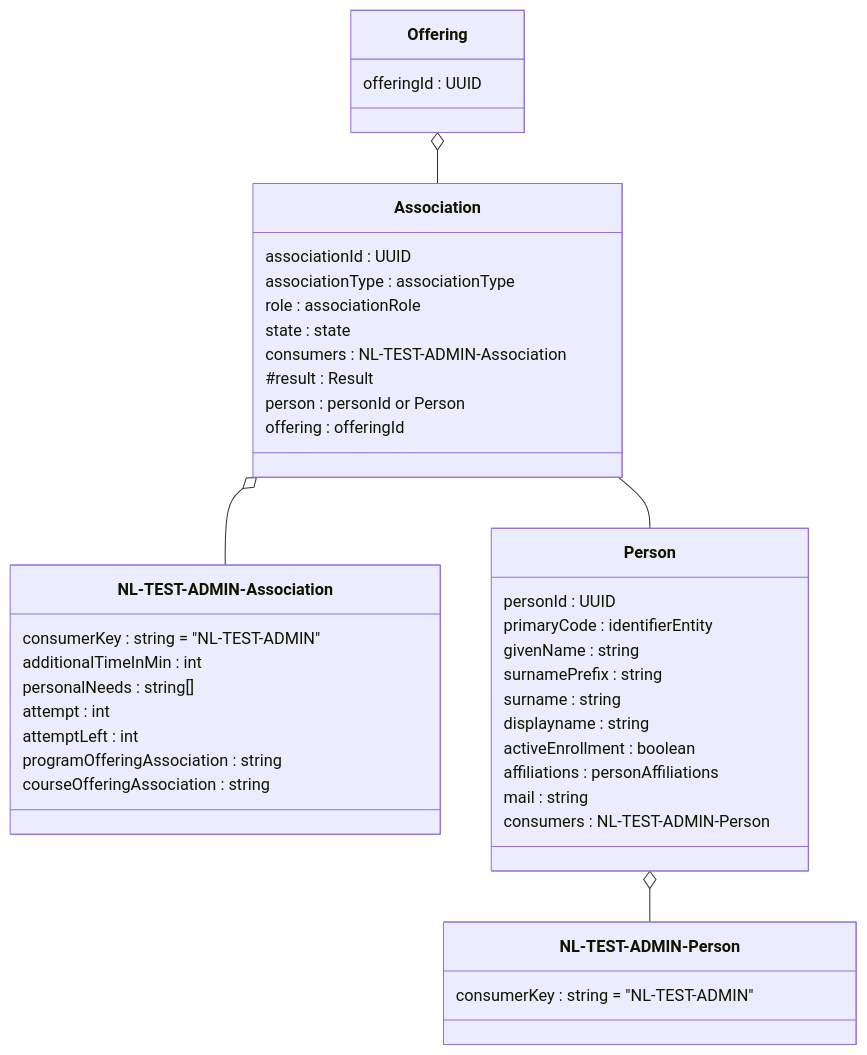
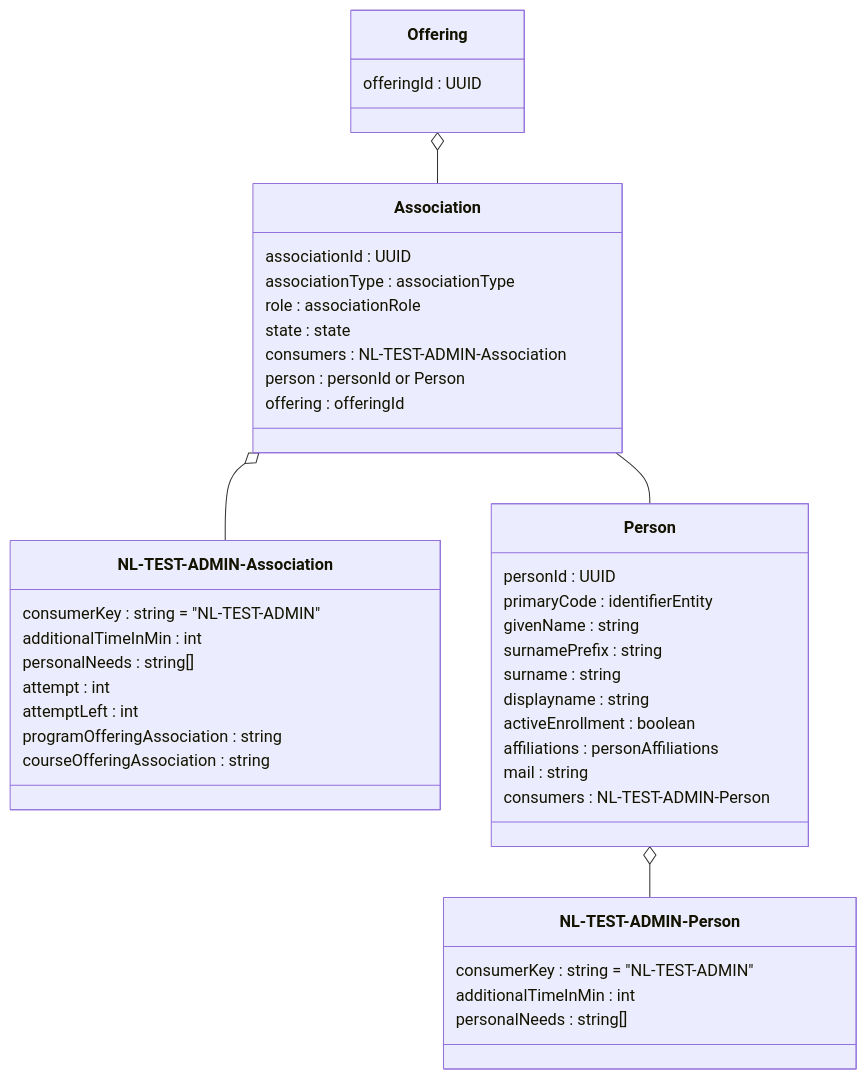
One commit to NetwerkExamineringDigitalisering/NED-OOAPI changed the fourth of 11 diagrams in doc/flow1.md. Above: the diagram before and after it, drawn with Mermaid. The commit also changed other lines of this file, not shown here.

Commit message:
eerste aanpassingen in de vorm van flows #71

````diff
--- a/doc/flow1.md
+++ b/doc/flow1.md
@@ -125,45 +131,46 @@
 ```mermaid
 classDiagram
     class Association {
     	associationId : UUID
         associationType : associationType
         role : associationRole
         state : state
         consumers : NL-TEST-ADMIN-Association
-    #	result : Result
         person : personId or Person
         offering : offeringId
     }
     class `NL-TEST-ADMIN-Association` {
     	consumerKey : string = "NL-TEST-ADMIN"
 	    additionalTimeInMin : int
 	    personalNeeds : string[]
         attempt : int
         attemptLeft : int
 	    programOfferingAssociation : string
 	    courseOfferingAssociation : string
     }
     class Person {
         personId : UUID
         primaryCode : identifierEntity
         givenName : string
         surnamePrefix : string 
         surname : string
         displayname : string
         activeEnrollment : boolean 
         affiliations : personAffiliations
         mail : string
     	consumers : NL-TEST-ADMIN-Person
     }
     class `NL-TEST-ADMIN-Person` {
     	consumerKey : string = "NL-TEST-ADMIN"
+  	    additionalTimeInMin : int
+	    personalNeeds : string[]
     }
     class Offering {
        offeringId : UUID
     }
     Offering  o-- Association
     Association o-- `NL-TEST-ADMIN-Association`
     Association -- Person
     Person o-- `NL-TEST-ADMIN-Person`
 
 ```
````
